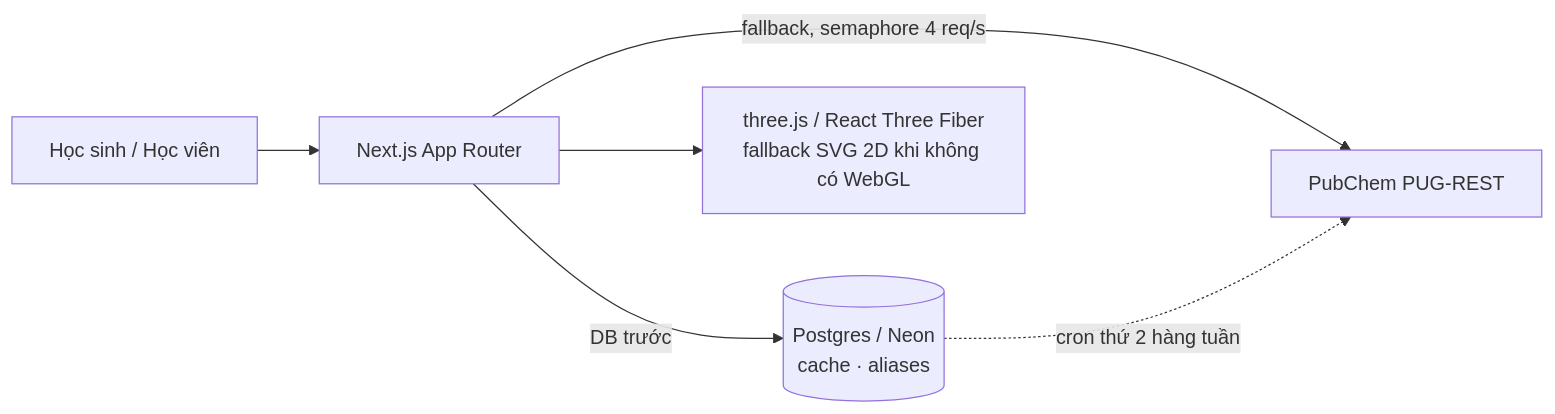
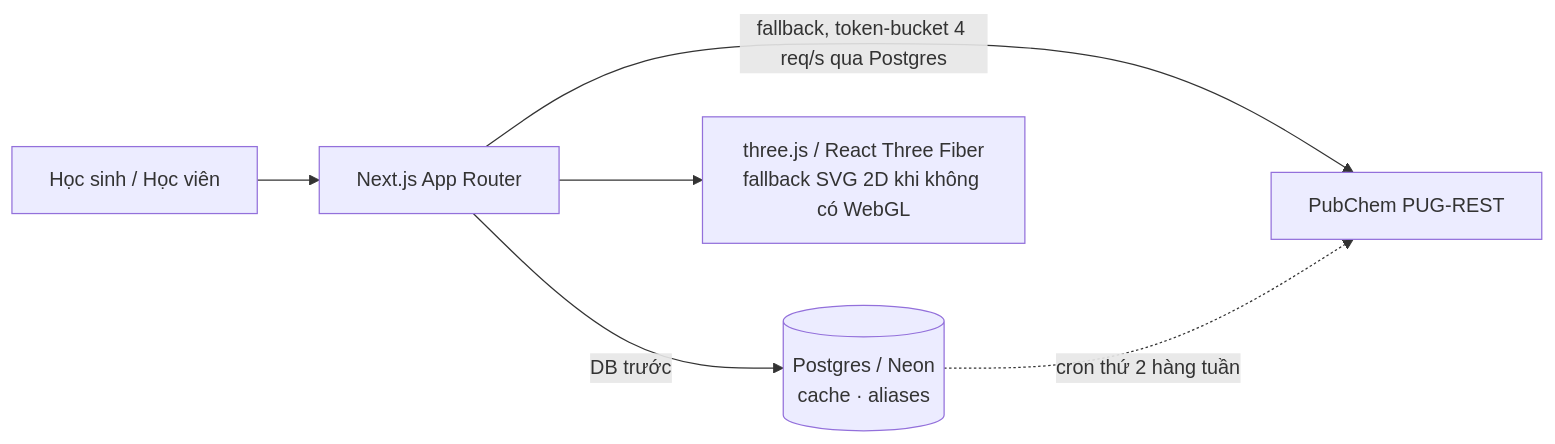
One commit to minhtai0611/japanese-aesthetic-chemistry-simulation changed the diagram in README.md. Above: the diagram before and after it, drawn with Mermaid. The commit also changed other lines of this file and 4 other files, not shown here.

Commit message:
feat(api): add distributed token-bucket rate limiter for PubChem calls

````diff
--- a/README.md
+++ b/README.md
@@ -29,8 +29,8 @@
 ```mermaid
 flowchart LR
   U[Học sinh / Học viên] --> N[Next.js App Router]
   N -->|DB trước| P[(Postgres / Neon<br/>cache · aliases)]
-  N -->|fallback, semaphore 4 req/s| C[PubChem PUG-REST]
+  N -->|fallback, token-bucket 4 req/s qua Postgres| C[PubChem PUG-REST]
   P -.->|cron thứ 2 hàng tuần| C
   N --> W[three.js / React Three Fiber<br/>fallback SVG 2D khi không có WebGL]
 ```
````
